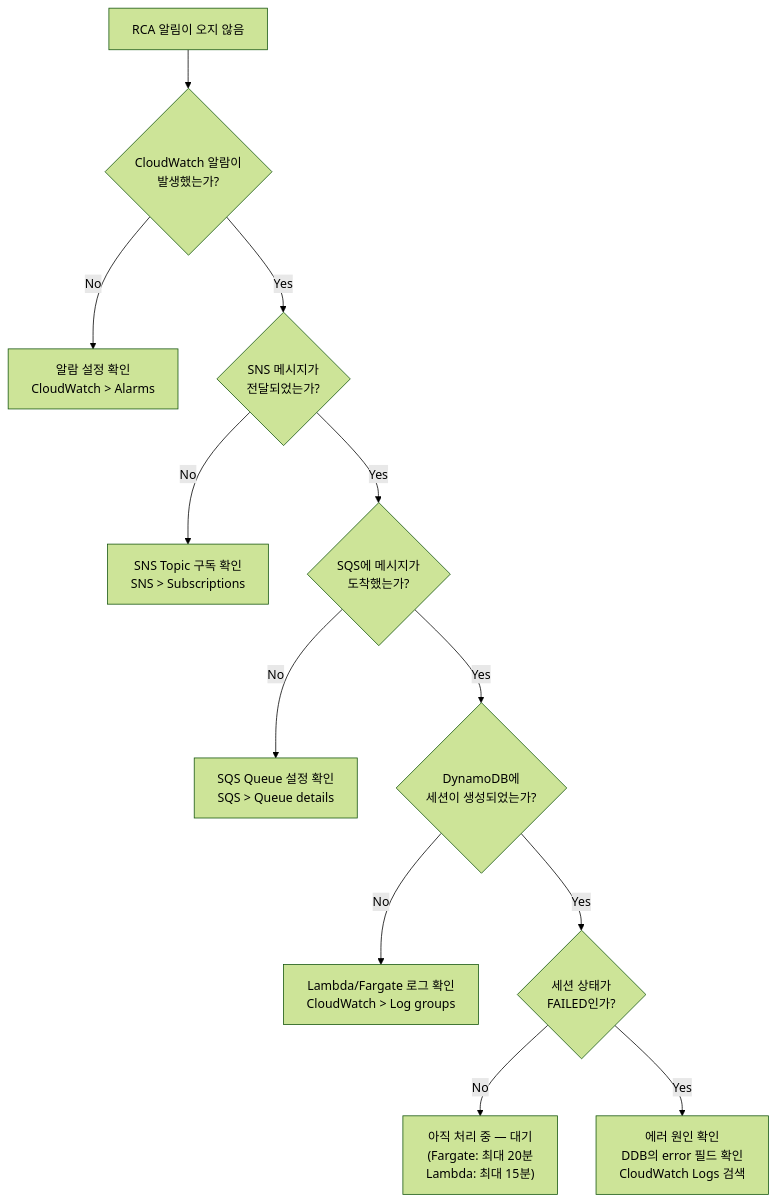
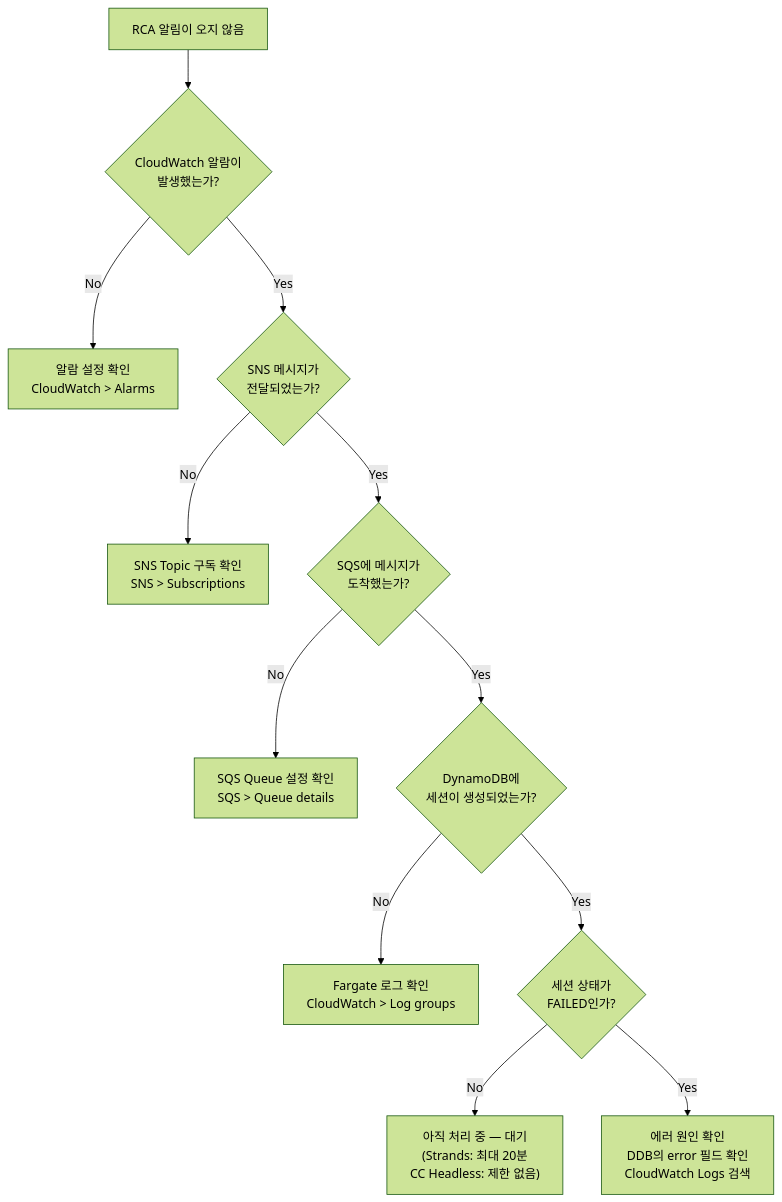
Diagram 18 of 19 in docs/system-guide-for-ops.md (haandol/rca-agent), drawn with Mermaid (forest theme) before and after one commit. The commit also changed other lines of this file and 2 other files, not shown here.

First line of the commit message:
docs: README 시크릿 설정·인프라 배포 섹션 추가, CC Headless Lambda→Fargate 반영

````diff
--- a/docs/system-guide-for-ops.md
+++ b/docs/system-guide-for-ops.md
@@ -798,14 +798,14 @@
 ```mermaid
 flowchart TD
     START["RCA 알림이 오지 않음"] --> Q1{"CloudWatch 알람이<br/>발생했는가?"}
     Q1 -->|"No"| A1["알람 설정 확인<br/>CloudWatch > Alarms"]
     Q1 -->|"Yes"| Q2{"SNS 메시지가<br/>전달되었는가?"}
     Q2 -->|"No"| A2["SNS Topic 구독 확인<br/>SNS > Subscriptions"]
     Q2 -->|"Yes"| Q3{"SQS에 메시지가<br/>도착했는가?"}
     Q3 -->|"No"| A3["SQS Queue 설정 확인<br/>SQS > Queue details"]
     Q3 -->|"Yes"| Q4{"DynamoDB에<br/>세션이 생성되었는가?"}
-    Q4 -->|"No"| A4["Lambda/Fargate 로그 확인<br/>CloudWatch > Log groups"]
+    Q4 -->|"No"| A4["Fargate 로그 확인<br/>CloudWatch > Log groups"]
     Q4 -->|"Yes"| Q5{"세션 상태가<br/>FAILED인가?"}
-    Q5 -->|"No"| A5["아직 처리 중 — 대기<br/>(Fargate: 최대 20분<br/>Lambda: 최대 15분)"]
+    Q5 -->|"No"| A5["아직 처리 중 — 대기<br/>(Strands: 최대 20분<br/>CC Headless: 제한 없음)"]
     Q5 -->|"Yes"| A6["에러 원인 확인<br/>DDB의 error 필드 확인<br/>CloudWatch Logs 검색"]
 ```
````
